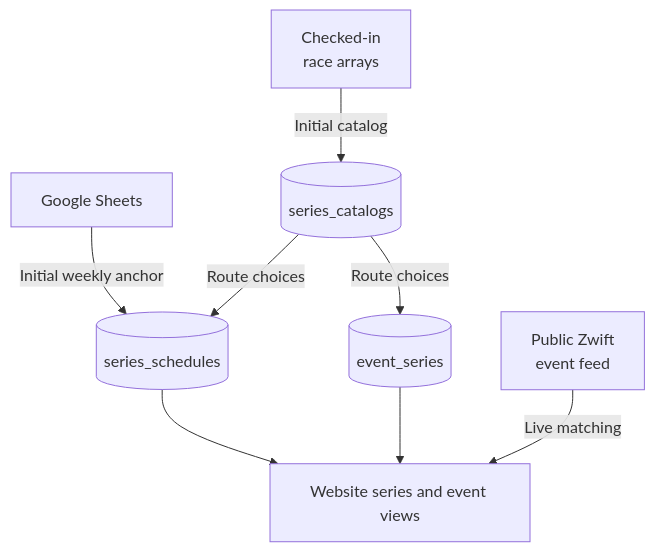
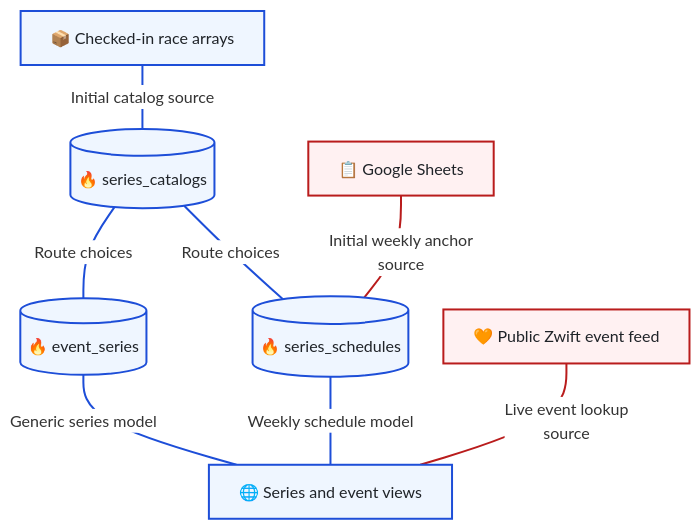
The first of 3 diagrams in docs/architecture/events.md (T00few2/dzr), drawn with Mermaid before and after one commit. The commit also changed other lines of this file and 15 other files, not shown here.

First line of the commit message:
docs: standardize Mermaid notation and map the technology stack

````diff
--- a/docs/architecture/events.md
+++ b/docs/architecture/events.md
@@ -9,10 +9,25 @@
 ```mermaid
+---
+config:
+  theme: base
+  themeVariables:
+    edgeLabelBackground: '#ffffff'
+  flowchart:
+    padding: 15
+    nodeSpacing: 35
+    rankSpacing: 40
+---
 flowchart TB
-    seeds[Checked-in<br/>race arrays] -->|Initial catalog| catalogs[(series_catalogs)]
-    sheets[Google Sheets] -->|Initial weekly anchor| weekly[(series_schedules)]
-    catalogs -->|Route choices| weekly
-    catalogs -->|Route choices| generic[(event_series)]
-    weekly --> view[Website series and event views]
-    generic --> view
-    zwift[Public Zwift<br/>event feed] -->|Live matching| view
+    seeds["📦 Checked-in race arrays"] ---|Initial catalog source| catalogs[("🔥 series_catalogs")]
+    catalogs ---|Route choices| weekly[("🔥 series_schedules")]
+    catalogs ---|Route choices| generic[("🔥 event_series")]
+    weekly ---|Weekly schedule model| view["🌐 Series and event views"]
+    generic ---|Generic series model| view
+    sheets["📋 Google Sheets"] ---|Initial weekly anchor<br/>source| weekly
+    zwift["🧡 Public Zwift event feed"] ---|Live event lookup<br/>source| view
+    classDef default fill:#eff6ff,stroke:#1d4ed8,stroke-width:2px,color:#1f2328
+    classDef external fill:#fff1f2,stroke:#b91c1c,stroke-width:2px,color:#1f2328
+    linkStyle default stroke:#1d4ed8,stroke-width:2px
+    class sheets,zwift external
+    linkStyle 5,6 stroke:#b91c1c,stroke-width:2px
 ```
````
